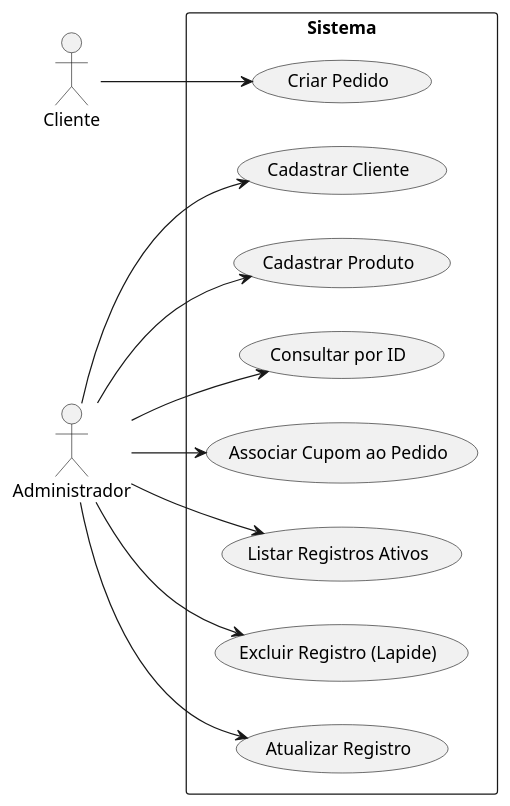
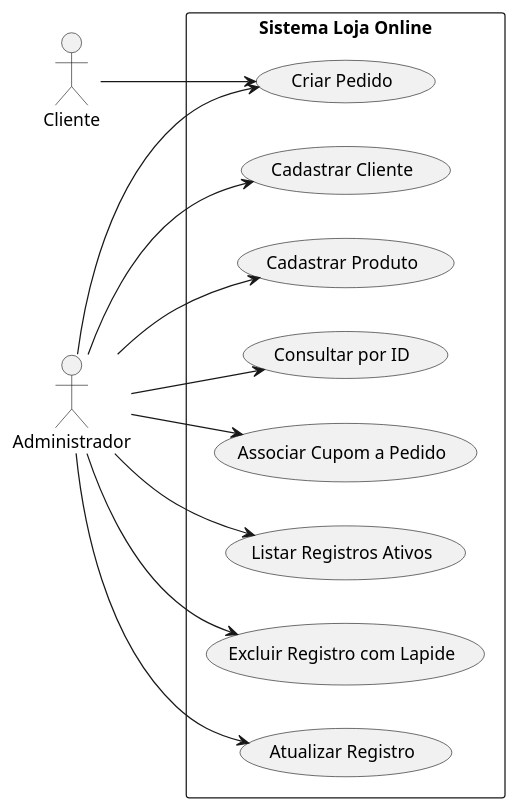
Before and after one commit to lucaszanfa/Tp-Aedes3: the diagram in docs/DCU.md, drawn with PlantUML. The commit also changed other lines of this file and 10 other files, not shown here.

````diff
--- a/docs/DCU.md
+++ b/docs/DCU.md
@@ -18,27 +24,30 @@
 ```plantuml
 @startuml
 left to right direction
+
 actor Cliente
 actor Administrador
 
-rectangle Sistema {
+rectangle "Sistema Loja Online" {
   usecase "Cadastrar Cliente" as UC1
   usecase "Cadastrar Produto" as UC2
   usecase "Criar Pedido" as UC3
-  usecase "Associar Cupom ao Pedido" as UC4
+  usecase "Associar Cupom a Pedido" as UC4
   usecase "Listar Registros Ativos" as UC5
-  usecase "Excluir Registro (Lapide)" as UC6
+  usecase "Excluir Registro com Lapide" as UC6
   usecase "Atualizar Registro" as UC7
   usecase "Consultar por ID" as UC8
 }
 
 Cliente --> UC3
+
 Administrador --> UC1
 Administrador --> UC2
+Administrador --> UC3
 Administrador --> UC4
 Administrador --> UC5
 Administrador --> UC6
 Administrador --> UC7
 Administrador --> UC8
 @enduml
 ```
````
